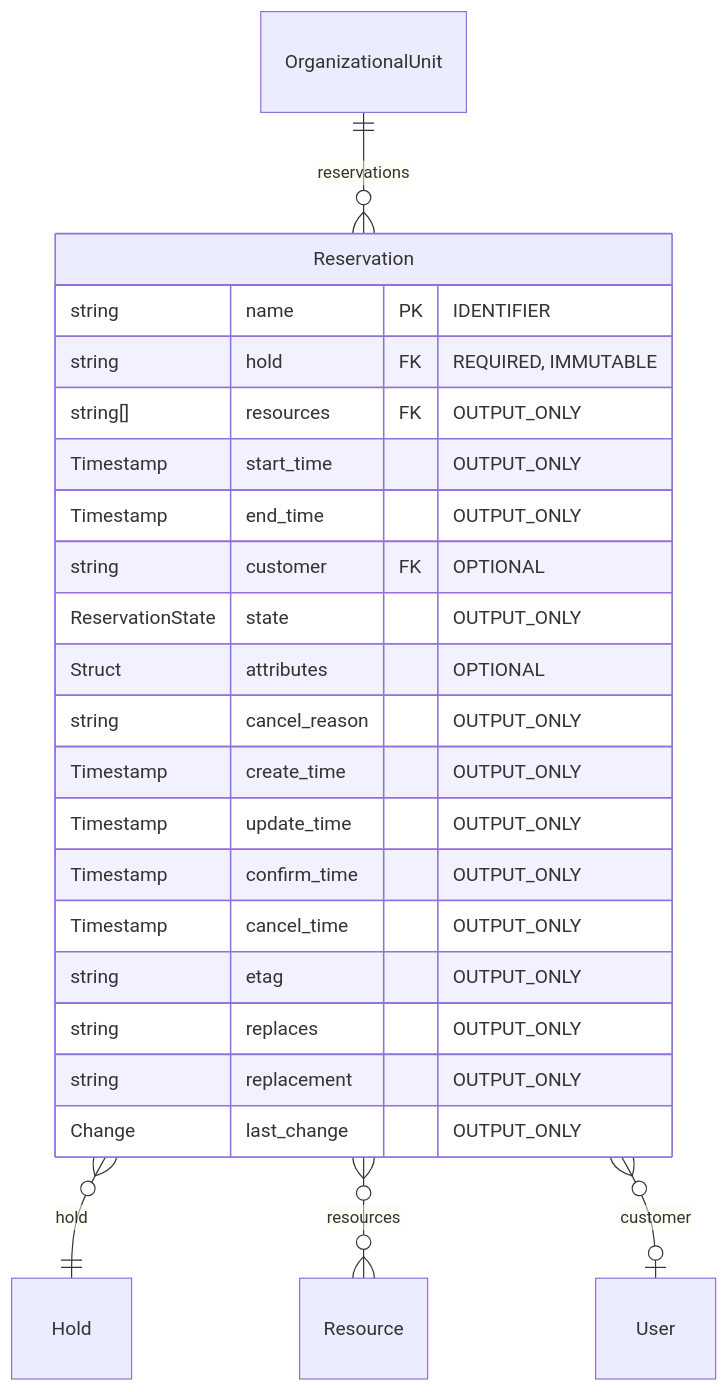
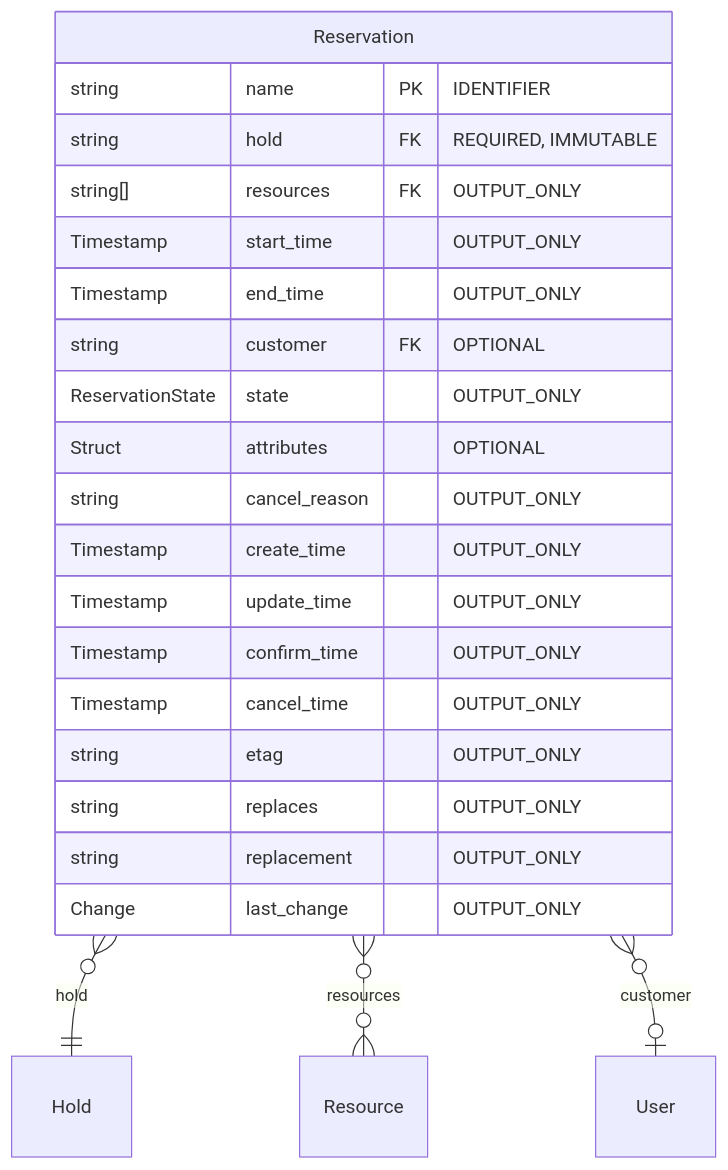
One commit to shokki-engineering/freebusy changed the first of 5 diagrams in protobuf/freebusy/reservation/README.md. Above: the diagram before and after it, drawn with Mermaid. The commit also changed other lines of this file and 229 other files, not shown here.

````diff
--- a/protobuf/freebusy/reservation/README.md
+++ b/protobuf/freebusy/reservation/README.md
@@ -15,26 +15,25 @@
 ```mermaid
 erDiagram
     Reservation {
         string name PK "IDENTIFIER"
         string hold FK "REQUIRED, IMMUTABLE"
         string[] resources FK "OUTPUT_ONLY"
         Timestamp start_time "OUTPUT_ONLY"
         Timestamp end_time "OUTPUT_ONLY"
         string customer FK "OPTIONAL"
         ReservationState state "OUTPUT_ONLY"
         Struct attributes "OPTIONAL"
         string cancel_reason "OUTPUT_ONLY"
         Timestamp create_time "OUTPUT_ONLY"
         Timestamp update_time "OUTPUT_ONLY"
         Timestamp confirm_time "OUTPUT_ONLY"
         Timestamp cancel_time "OUTPUT_ONLY"
         string etag "OUTPUT_ONLY"
         string replaces "OUTPUT_ONLY"
         string replacement "OUTPUT_ONLY"
         Change last_change "OUTPUT_ONLY"
     }
-    OrganizationalUnit ||--o{ Reservation : "reservations"
     Reservation }o--|| Hold : "hold"
     Reservation }o--o{ Resource : "resources"
     Reservation }o--o| User : "customer"
 ```
````
